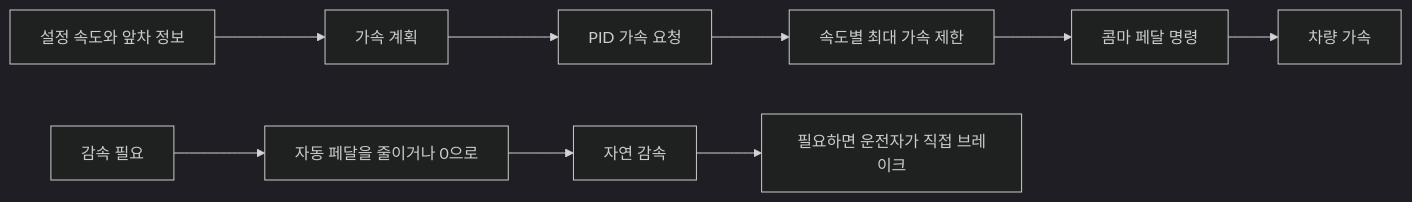
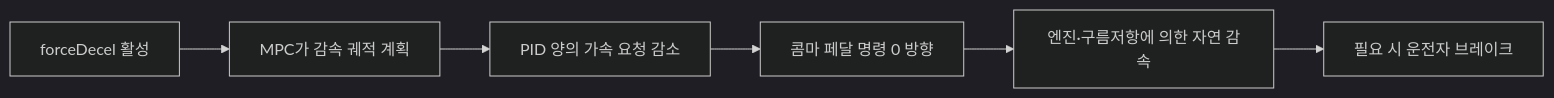
One commit to parksunkyu81/equinox-0.8.14-origin changed the third of 6 diagrams in docs/comma_pedal.md. Above: the diagram before and after it, drawn with Mermaid (dark theme). The commit also changed other lines of this file and 6 other files, not shown here.

````diff
--- a/docs/comma_pedal.md
+++ b/docs/comma_pedal.md
@@ -17,12 +156,8 @@
 ```mermaid
 flowchart LR
-  A["설정 속도와 앞차 정보"] --> B["가속 계획"]
-  B --> C["PID 가속 요청"]
-  C --> D["속도별 최대 가속 제한"]
-  D --> E["콤마 페달 명령"]
-  E --> F["차량 가속"]
-
-  G["감속 필요"] --> H["자동 페달을 줄이거나 0으로"]
-  H --> I["자연 감속"]
-  I --> J["필요하면 운전자가 직접 브레이크"]
+  A["forceDecel 활성"] --> B["MPC가 감속 궤적 계획"]
+  B --> C["PID 양의 가속 요청 감소"]
+  C --> D["콤마 페달 명령 0 방향"]
+  D --> E["엔진·구름저항에 의한 자연 감속"]
+  E --> F["필요 시 운전자 브레이크"]
 ```
````
